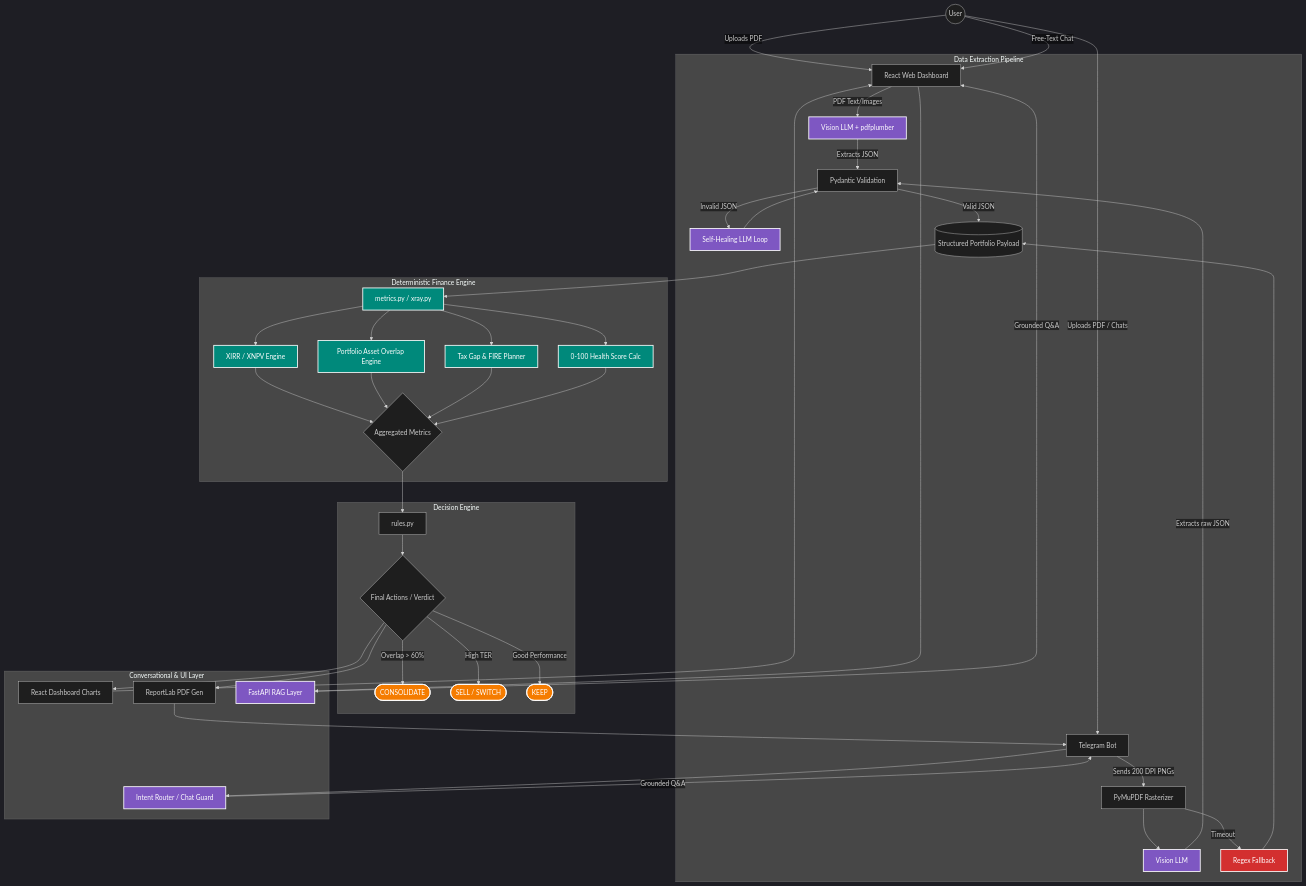
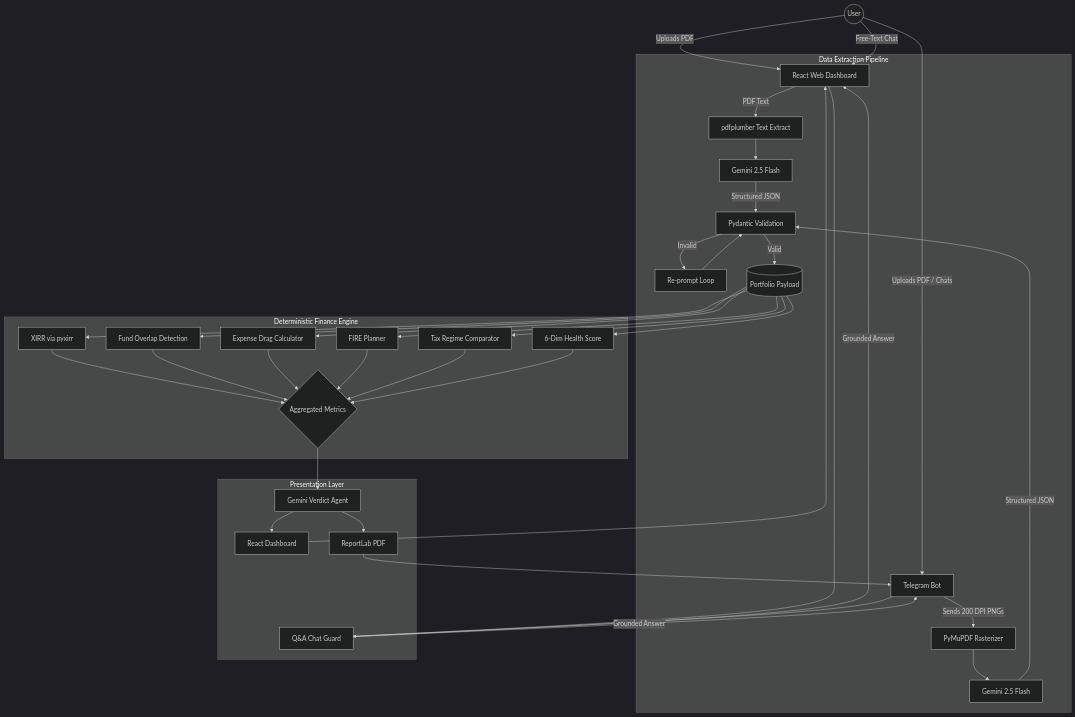
The diagram in architecture.md (ansh-0069/Economic-Times-Solution), drawn with Mermaid before and after one commit. The commit also changed other lines of this file and 16 other files, not shown here.

Commit message:
Refactor architecture and README for clarity; update backend to use Gemini AI. Enhance frontend with session management and loading states. Improve styling and component structure in FindingCard.

````diff
--- a/architecture.md
+++ b/architecture.md
@@ -47,75 +54,51 @@
 ```mermaid
-%%{init: {'theme': 'dark', 'themeVariables': { 'edgeLabelBackground':'transparent', 'tertiaryColor': '#fff', 'primaryTextColor': '#fff', 'edgeColor': '#fff', 'mainBkg': '#1e1e1e' }}}%%
+%%{init: {'theme': 'dark'}}%%
 graph TD
-    %% User Inputs
     User((User)) -->|Uploads PDF| Web[React Web Dashboard]
     User -->|Uploads PDF / Chats| TBot[Telegram Bot]
     User -->|Free-Text Chat| Web
 
-    %% Extraction Pipeline (Multimodal)
-    subgraph Data Extraction Pipeline
-        Web -->|PDF Text/Images| WebVision[Vision LLM + pdfplumber]
+    subgraph DataExtraction[Data Extraction Pipeline]
+        Web -->|PDF Text| PdfPlumber[pdfplumber Text Extract]
         TBot -->|Sends 200 DPI PNGs| ImageRasterizer[PyMuPDF Rasterizer]
-        
-        ImageRasterizer --> Vision[Vision LLM]
-        Vision -->|Extracts raw JSON| Pydantic[Pydantic Validation]
-        WebVision -->|Extracts JSON| Pydantic
-        
-        Pydantic -- Invalid JSON --> Repair[Self-Healing LLM Loop]
+
+        PdfPlumber --> Gemini1[Gemini 2.5 Flash]
+        ImageRasterizer --> Gemini2[Gemini 2.5 Flash]
+        Gemini1 -->|Structured JSON| Pydantic[Pydantic Validation]
+        Gemini2 -->|Structured JSON| Pydantic
+
+        Pydantic -- Invalid --> Repair[Re-prompt Loop]
         Repair --> Pydantic
-        
-        Pydantic -- Valid JSON --> StructuredData[(Structured Portfolio Payload)]
-        
-        ImageRasterizer -- Timeout --> RegexMatcher[Regex Fallback]
-        RegexMatcher --> StructuredData
+        Pydantic -- Valid --> StructuredData[(Portfolio Payload)]
     end
 
-    %% Deterministic Mathematical Engine
-    subgraph Deterministic Finance Engine 
-        StructuredData --> Metrics[metrics.py / xray.py]
-        Metrics --> XIRR[XIRR / XNPV Engine]
-        Metrics --> Overlap[Portfolio Asset Overlap Engine]
-        Metrics --> Tax[Tax Gap & FIRE Planner]
-        Metrics --> Health[0-100 Health Score Calc]
-        
-        XIRR --> FinancialTruth{Aggregated Metrics}
-        Overlap --> FinancialTruth
-        Tax --> FinancialTruth
-        Health --> FinancialTruth
+    subgraph DeterministicEngine[Deterministic Finance Engine]
+        StructuredData --> XIRR[XIRR via pyxirr]
+        StructuredData --> Overlap[Fund Overlap Detection]
+        StructuredData --> WealthBleed[Expense Drag Calculator]
+        StructuredData --> FIRE[FIRE Planner]
+        StructuredData --> Tax[Tax Regime Comparator]
+        StructuredData --> HealthScore[6-Dim Health Score]
+
+        XIRR --> Metrics{Aggregated Metrics}
+        Overlap --> Metrics
+        WealthBleed --> Metrics
+        FIRE --> Metrics
+        Tax --> Metrics
+        HealthScore --> Metrics
     end
 
-    %% Strict Business Rules
-    subgraph Decision Engine
-        FinancialTruth --> Rules[rules.py]
-        Rules --> Actions{Final Actions / Verdict}
-        Actions -->|Overlap > 60%| Consolidate([CONSOLIDATE])
-        Actions -->|High TER| Sell([SELL / SWITCH])
-        Actions -->|Good Performance| Keep([KEEP])
-    end
+    subgraph PresentationLayer[Presentation Layer]
+        Metrics --> VerdictAgent[Gemini Verdict Agent]
+        VerdictAgent --> DashboardUI[React Dashboard]
+        VerdictAgent --> PDFGen[ReportLab PDF]
 
-    %% Presentation Layer
-    subgraph Conversational & UI Layer
-        Actions --> DashboardUI[React Dashboard Charts]
-        Actions --> PDFGen[ReportLab PDF Gen]
-        
         DashboardUI --> Web
         PDFGen --> TBot
-        
-        Web --> WebRouter[FastAPI RAG Layer]
-        TBot --> BotRouter[Intent Router / Chat Guard]
-        
-        WebRouter -- Grounded Q&A --> Web
-        BotRouter -- Grounded Q&A --> TBot
+
+        Web --> QAAgent[Q&A Chat Guard]
+        TBot --> QAAgent
+        QAAgent -->|Grounded Answer| Web
+        QAAgent -->|Grounded Answer| TBot
     end
-
-    %% Theming (High Contrast for Dark/Light Mode)
-    classDef llm fill:#7E57C2,stroke:#fff,stroke-width:2px,color:#fff;
-    classDef logic fill:#00897B,stroke:#fff,stroke-width:2px,color:#fff;
-    classDef fail-safe fill:#D32F2F,stroke:#fff,stroke-width:2px,color:#fff;
-    classDef action fill:#F57C00,stroke:#fff,stroke-width:2px,color:#fff;
-    
-    class Vision,WebVision,Repair,WebRouter,BotRouter llm;
-    class Metrics,XIRR,Overlap,Tax,Health logic;
-    class RegexMatcher fail-safe;
-    class Consolidate,Sell,Keep action;
 ```
````
